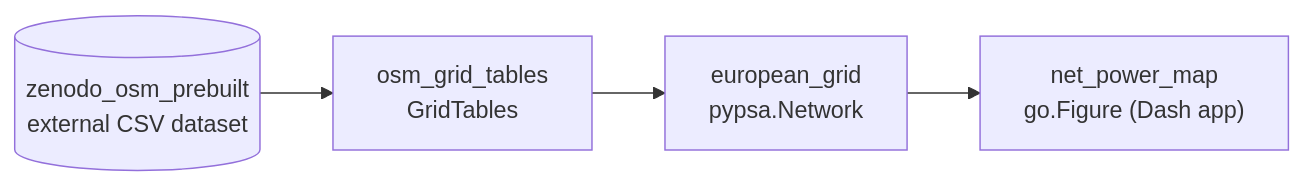
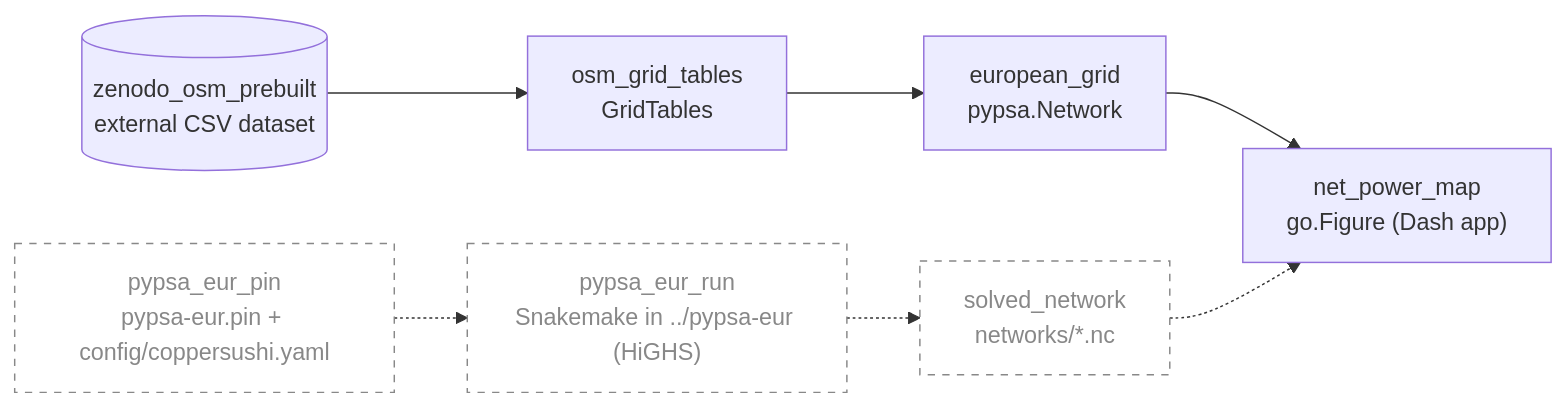
Before and after one commit to zoltanmaric/coppersushi: the diagram in wiki/sushi-2.md, drawn with Mermaid. The commit also changed other lines of this file and 10 other files, not shown here.

````diff
--- a/wiki/sushi-2.md
+++ b/wiki/sushi-2.md
@@ -17,11 +16,21 @@
 ```mermaid
 flowchart LR
+    classDef planned stroke-dasharray: 5 5,stroke:#888,color:#888,fill:none
+
     zenodo_osm_prebuilt[("zenodo_osm_prebuilt<br/>external CSV dataset")]
     osm_grid_tables["osm_grid_tables<br/>GridTables"]
     european_grid["european_grid<br/>pypsa.Network"]
     net_power_map["net_power_map<br/>go.Figure (Dash app)"]
 
+    pypsa_eur_pin["pypsa_eur_pin<br/>pypsa-eur.pin + config/coppersushi.yaml"]:::planned
+    pypsa_eur_run["pypsa_eur_run<br/>Snakemake in ../pypsa-eur (HiGHS)"]:::planned
+    solved_network["solved_network<br/>networks/*.nc"]:::planned
+
     zenodo_osm_prebuilt --> osm_grid_tables
     osm_grid_tables --> european_grid
     european_grid --> net_power_map
+
+    pypsa_eur_pin -.-> pypsa_eur_run
+    pypsa_eur_run -.-> solved_network
+    solved_network -.-> net_power_map
 ```
````
